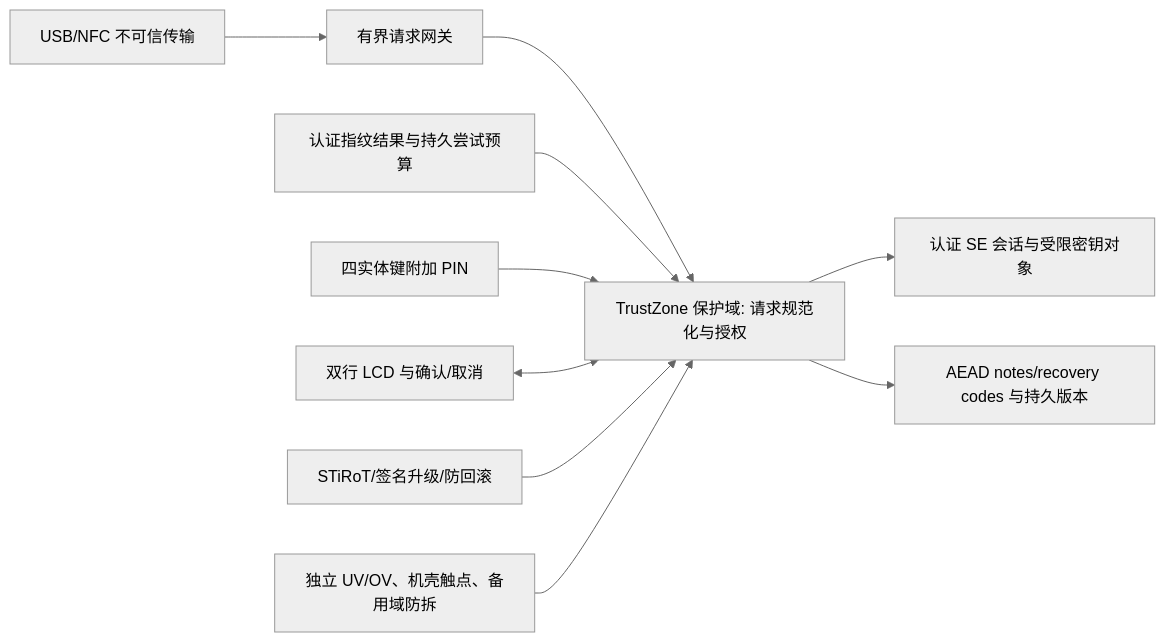
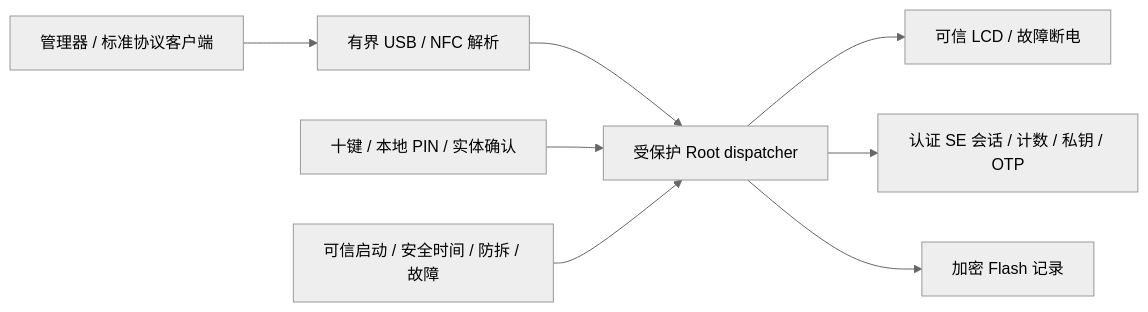
The diagram in docs/ARCHITECTURE.md (Jay-Void-BA/OpenKeys), drawn with Mermaid (neutral theme) before and after one commit. The commit also changed other lines of this file and 763 other files, not shown here.

Commit message:
Add R05 PIN keypad CAD and scoped PIN/OTP candidate modules

````diff
--- a/docs/ARCHITECTURE.md
+++ b/docs/ARCHITECTURE.md
@@ -5,12 +7,10 @@
 ```mermaid
 flowchart LR
- H[USB/NFC 不可信传输] --> G[有界请求网关]
- G --> T[TrustZone 保护域: 请求规范化与授权]
- F[认证指纹结果与持久尝试预算] --> T
- P[四实体键附加 PIN] --> T
- L[双行 LCD 与确认/取消] <--> T
- T --> S[认证 SE 会话与受限密钥对象]
- T --> V[AEAD notes/recovery codes 与持久版本]
- I[STiRoT/签名升级/防回滚] --> T
- X[独立 UV/OV、机壳触点、备用域防拆] --> T
+ H[管理器 / 标准协议客户端] --> U[有界 USB / NFC 解析]
+ U --> T[受保护 Root dispatcher]
+ K[十键 / 本地 PIN / 实体确认] --> T
+ T --> D[可信 LCD / 故障断电]
+ T --> S[认证 SE 会话 / 计数 / 私钥 / OTP]
+ T --> V[加密 Flash 记录]
+ B[可信启动 / 安全时间 / 防拆 / 故障] --> T
 ```
````
